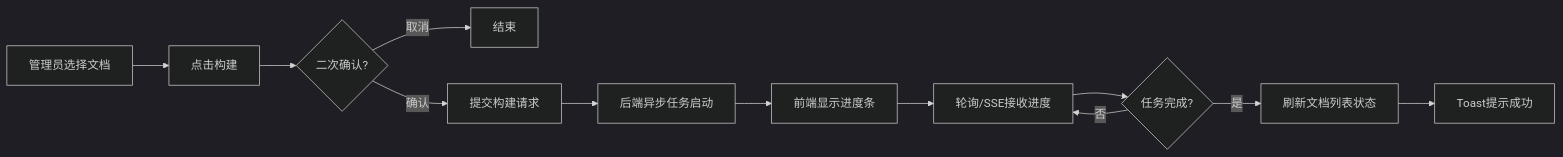
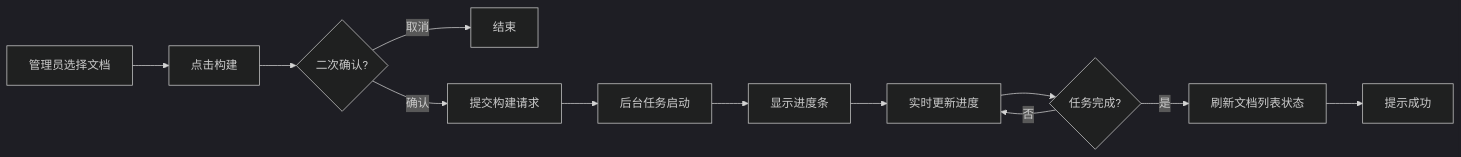
One commit to joychen295/AI--- changed the diagram in 需求文档/G-中台需求文档/辰极智脑-知识库管理与构建需求说明书_V1.0.md. Above: the diagram before and after it, drawn with Mermaid (dark theme). The commit also changed other lines of this file and 5 other files, not shown here.

````diff
--- a/需求文档/G-中台需求文档/辰极智脑-知识库管理与构建需求说明书_V1.0.md
+++ b/需求文档/G-中台需求文档/辰极智脑-知识库管理与构建需求说明书_V1.0.md
@@ -49,14 +47,14 @@
 ```mermaid
 graph LR
     A[管理员选择文档] --> B[点击构建]
     B --> C{二次确认?}
     C -- 取消 --> D[结束]
     C -- 确认 --> E[提交构建请求]
-    E --> F[后端异步任务启动]
-    F --> G[前端显示进度条]
-    G --> H[轮询/SSE接收进度]
+    E --> F[后台任务启动]
+    F --> G[显示进度条]
+    G --> H[实时更新进度]
     H --> I{任务完成?}
     I -- 否 --> H
     I -- 是 --> J[刷新文档列表状态]
-    J --> K[Toast提示成功]
+    J --> K[提示成功]
 ```
````
